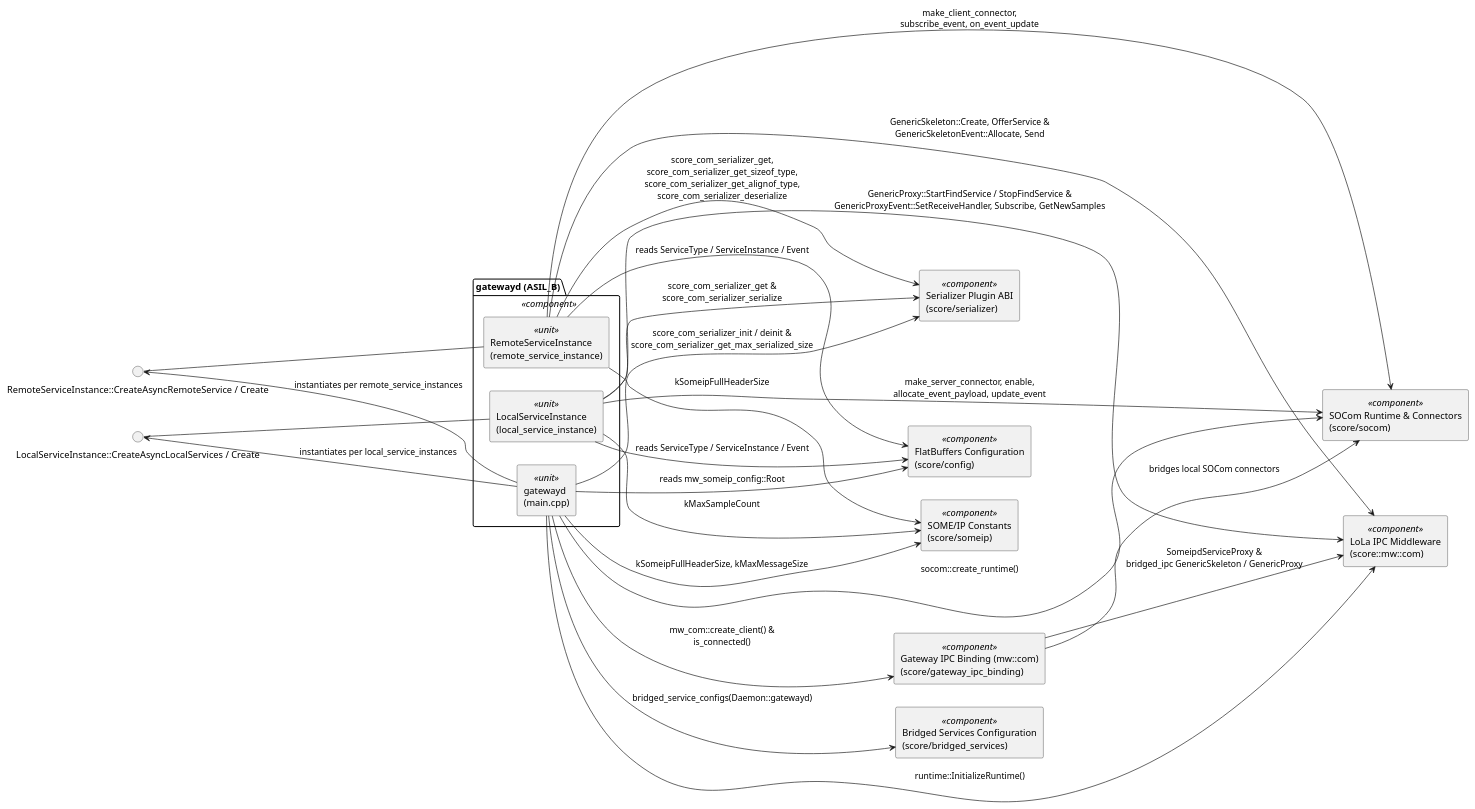
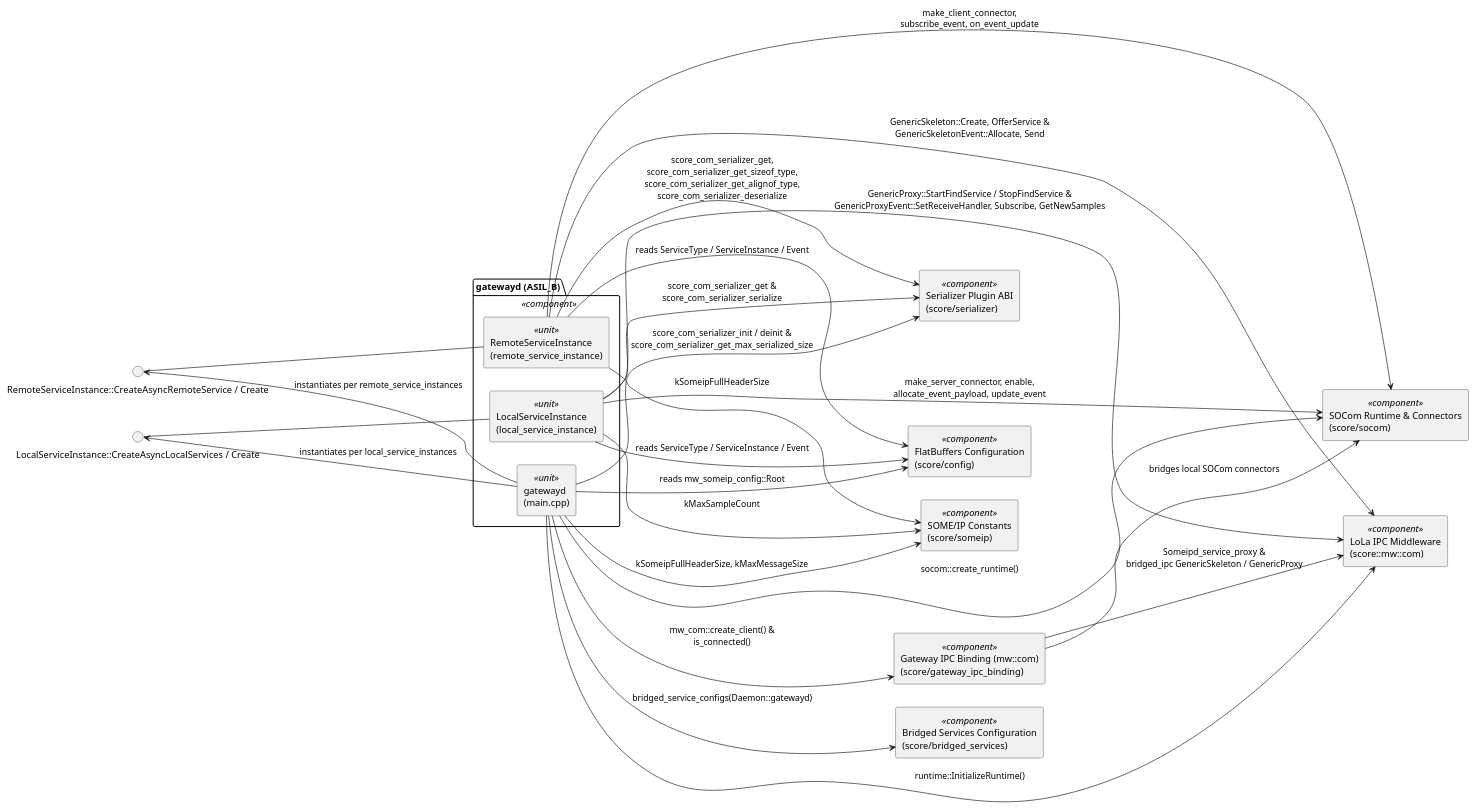
Before and after one commit to eclipse-score/inc_someip_gateway: the diagram in score/gatewayd/docs/models/component_diagram_gatewayd.puml, drawn with PlantUML. The commit also changed 6 other files, not shown here.

Commit message:
docs(gateway_ipc_binding): simplify binding overview, concurrency, and limitations

```diff
--- a/score/gatewayd/docs/models/component_diagram_gatewayd.puml
+++ b/score/gatewayd/docs/models/component_diagram_gatewayd.puml
@@ -14,51 +14,51 @@
 @startuml component_diagram_gatewayd
 left to right direction
 skinparam componentStyle rectangle
 
 package "gatewayd (ASIL_B)" as gatewayd <<component>> {
     component "gatewayd\n(main.cpp)" as gatewayd_main <<unit>>
     component "LocalServiceInstance\n(local_service_instance)" as local_service_instance <<unit>>
     component "RemoteServiceInstance\n(remote_service_instance)" as remote_service_instance <<unit>>
 }
 
 component "SOCom Runtime & Connectors\n(score/socom)" as socom <<component>>
 component "Gateway IPC Binding (mw::com)\n(score/gateway_ipc_binding)" as gateway_ipc_binding <<component>>
 component "Bridged Services Configuration\n(score/bridged_services)" as bridged_services <<component>>
 component "FlatBuffers Configuration\n(score/config)" as config <<component>>
 component "SOME/IP Constants\n(score/someip)" as someip <<component>>
 component "Serializer Plugin ABI\n(score/serializer)" as serializer <<component>>
 component "LoLa IPC Middleware\n(score::mw::com)" as mw_com <<component>>
 
 interface "LocalServiceInstance::CreateAsyncLocalServices / Create" as i_local_svc
 interface "RemoteServiceInstance::CreateAsyncRemoteService / Create" as i_remote_svc
 
 local_service_instance -u- i_local_svc
 remote_service_instance -u- i_remote_svc
 
 gatewayd_main --> i_local_svc : instantiates per local_service_instances
 gatewayd_main --> i_remote_svc : instantiates per remote_service_instances
 
 gatewayd_main --> config : reads mw_someip_config::Root
 gatewayd_main --> serializer : score_com_serializer_init / deinit &\nscore_com_serializer_get_max_serialized_size
 gatewayd_main --> someip : kSomeipFullHeaderSize, kMaxMessageSize
 gatewayd_main --> bridged_services : bridged_service_configs(Daemon::gatewayd)
 gatewayd_main --> socom : socom::create_runtime()
 gatewayd_main --> gateway_ipc_binding : mw_com::create_client() &\nis_connected()
 gatewayd_main --> mw_com : runtime::InitializeRuntime()
 
 local_service_instance --> mw_com : GenericProxy::StartFindService / StopFindService &\nGenericProxyEvent::SetReceiveHandler, Subscribe, GetNewSamples
 local_service_instance --> serializer : score_com_serializer_get &\nscore_com_serializer_serialize
 local_service_instance --> socom : make_server_connector, enable,\nallocate_event_payload, update_event
 local_service_instance --> someip : kMaxSampleCount
 local_service_instance --> config : reads ServiceType / ServiceInstance / Event
 
 remote_service_instance --> mw_com : GenericSkeleton::Create, OfferService &\nGenericSkeletonEvent::Allocate, Send
 remote_service_instance --> serializer : score_com_serializer_get,\nscore_com_serializer_get_sizeof_type,\nscore_com_serializer_get_alignof_type,\nscore_com_serializer_deserialize
 remote_service_instance --> socom : make_client_connector,\nsubscribe_event, on_event_update
 remote_service_instance --> someip : kSomeipFullHeaderSize
 remote_service_instance --> config : reads ServiceType / ServiceInstance / Event
 
 gateway_ipc_binding --> socom : bridges local SOCom connectors
-gateway_ipc_binding --> mw_com : SomeipdServiceProxy &\nbridged_ipc GenericSkeleton / GenericProxy
+gateway_ipc_binding --> mw_com : Someipd_service_proxy &\nbridged_ipc GenericSkeleton / GenericProxy
 
 @enduml
```
